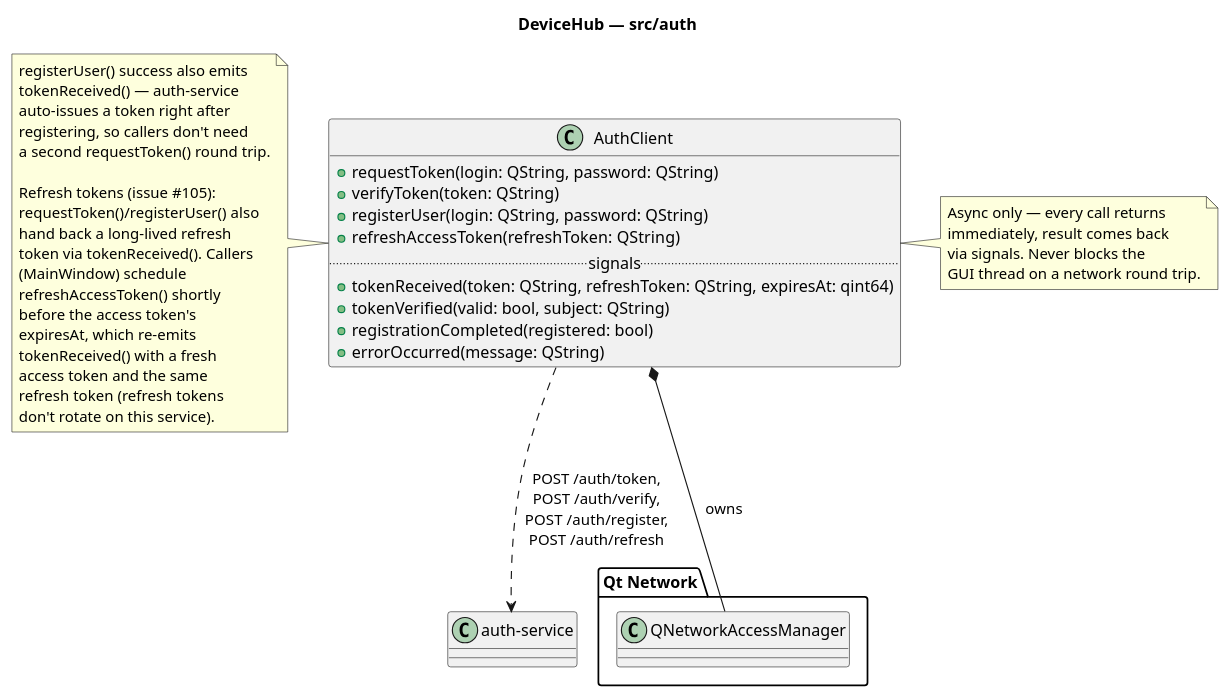
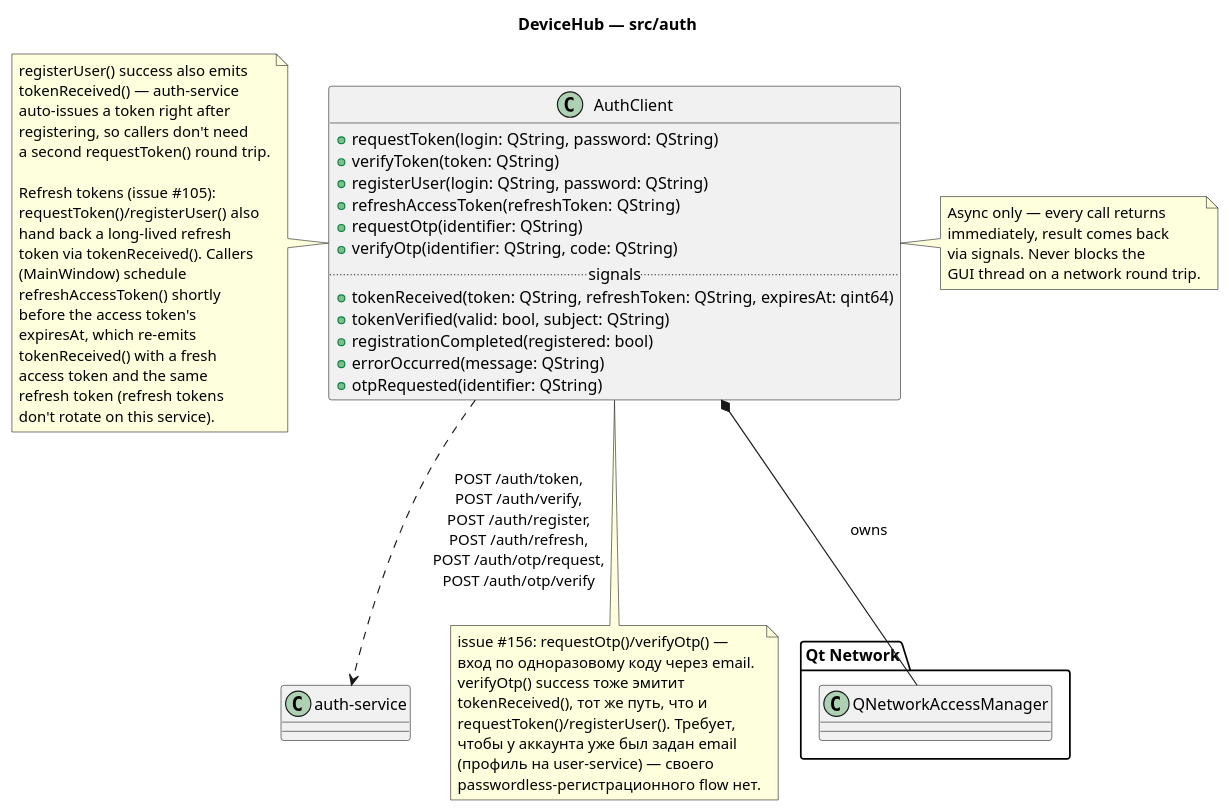
One commit to NekrasovIS/Exp changed the diagram in docs/diagrams/auth.puml. Above: the diagram before and after it, drawn with PlantUML. The commit also changed 22 other files, not shown here.

First line of the commit message:
[156] One-time-code login — Phase 2: DeviceHub client

```diff
--- a/docs/diagrams/auth.puml
+++ b/docs/diagrams/auth.puml
@@ -1,50 +1,64 @@
 @startuml auth
 title DeviceHub — src/auth
 
 package "Qt Network" {
   class QNetworkAccessManager
 }
 
 class AuthClient {
   +requestToken(login: QString, password: QString)
   +verifyToken(token: QString)
   +registerUser(login: QString, password: QString)
   +refreshAccessToken(refreshToken: QString)
+  +requestOtp(identifier: QString)
+  +verifyOtp(identifier: QString, code: QString)
   .. signals ..
   +tokenReceived(token: QString, refreshToken: QString, expiresAt: qint64)
   +tokenVerified(valid: bool, subject: QString)
   +registrationCompleted(registered: bool)
   +errorOccurred(message: QString)
+  +otpRequested(identifier: QString)
 }
 AuthClient *-- QNetworkAccessManager : owns
-AuthClient ..> "auth-service" : POST /auth/token,\nPOST /auth/verify,\nPOST /auth/register,\nPOST /auth/refresh
+AuthClient ..> "auth-service" : POST /auth/token,\nPOST /auth/verify,\nPOST /auth/register,\nPOST /auth/refresh,\nPOST /auth/otp/request,\nPOST /auth/otp/verify
 
 note left of AuthClient
   registerUser() success also emits
   tokenReceived() — auth-service
   auto-issues a token right after
   registering, so callers don't need
   a second requestToken() round trip.
 
   Refresh tokens (issue #105):
   requestToken()/registerUser() also
   hand back a long-lived refresh
   token via tokenReceived(). Callers
   (MainWindow) schedule
   refreshAccessToken() shortly
   before the access token's
   expiresAt, which re-emits
   tokenReceived() with a fresh
   access token and the same
   refresh token (refresh tokens
   don't rotate on this service).
 end note
 
 note right of AuthClient
   Async only — every call returns
   immediately, result comes back
   via signals. Never blocks the
   GUI thread on a network round trip.
 end note
 
+note bottom of AuthClient
+  issue #156: requestOtp()/verifyOtp() —
+  вход по одноразовому коду через email.
+  verifyOtp() success тоже эмитит
+  tokenReceived(), тот же путь, что и
+  requestToken()/registerUser(). Требует,
+  чтобы у аккаунта уже был задан email
+  (профиль на user-service) — своего
+  passwordless-регистрационного flow нет.
+end note
+
 @enduml
```
